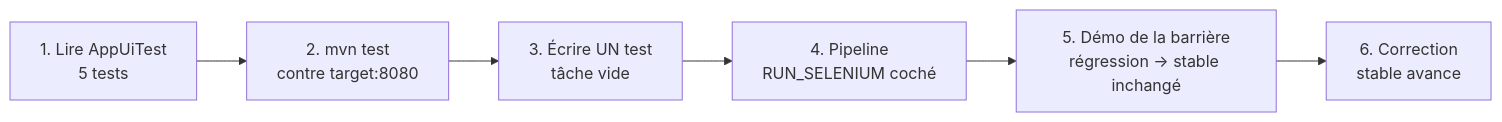
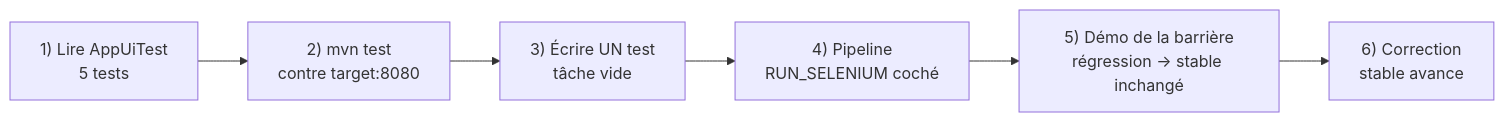
Before and after one commit to hajjiBel/DOTOOL: the sixth of 6 diagrams in lab/TP11-selenium.md, drawn with Mermaid. The commit also changed other lines of this file, not shown here.

````diff
--- a/lab/TP11-selenium.md
+++ b/lab/TP11-selenium.md
@@ -253,4 +253,4 @@
 ```mermaid
 flowchart LR
-  A["1. Lire AppUiTest<br/>5 tests"] --> B["2. mvn test<br/>contre target:8080"] --> C["3. Écrire UN test<br/>tâche vide"] --> D["4. Pipeline<br/>RUN_SELENIUM coché"] --> E["5. Démo de la barrière<br/>régression → stable inchangé"] --> F["6. Correction<br/>stable avance"]
+  A["1) Lire AppUiTest<br/>5 tests"] --> B["2) mvn test<br/>contre target:8080"] --> C["3) Écrire UN test<br/>tâche vide"] --> D["4) Pipeline<br/>RUN_SELENIUM coché"] --> E["5) Démo de la barrière<br/>régression → stable inchangé"] --> F["6) Correction<br/>stable avance"]
 ```
````
